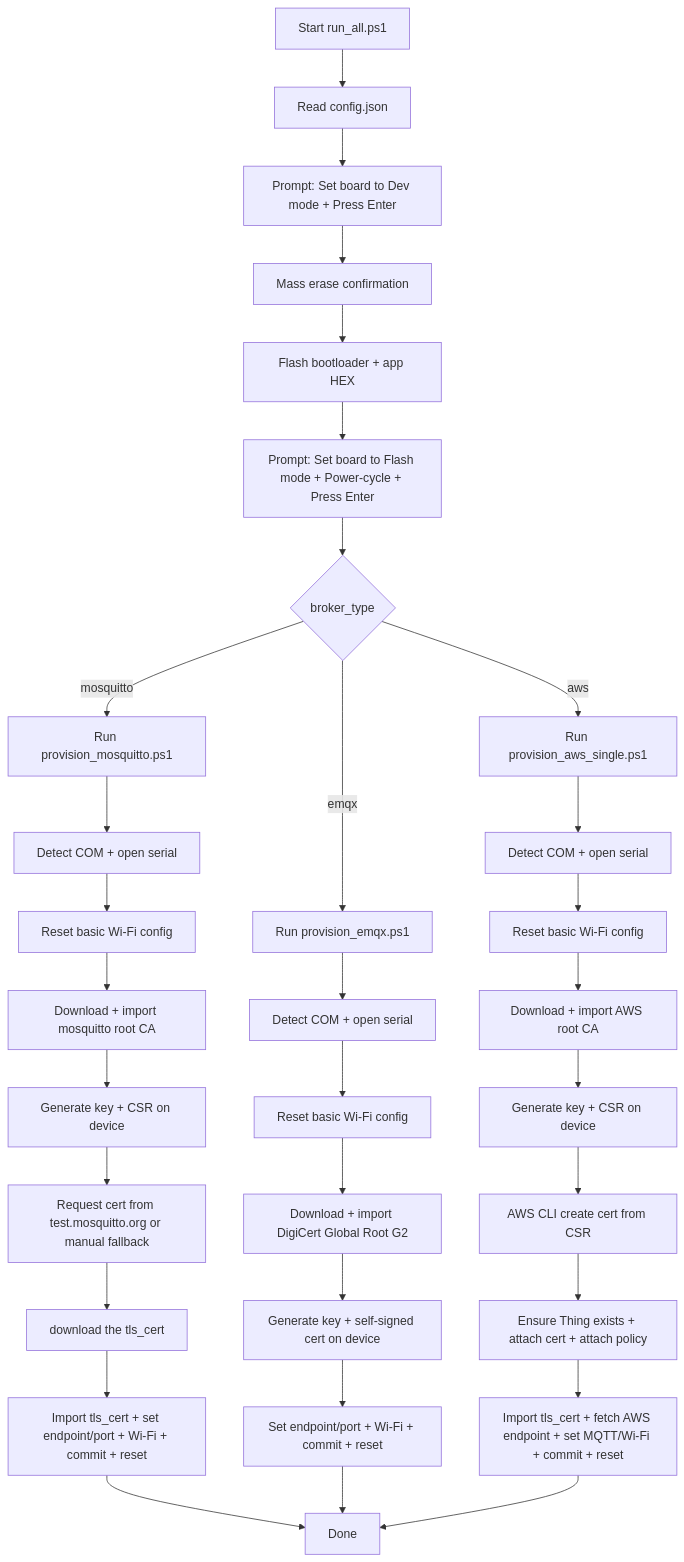
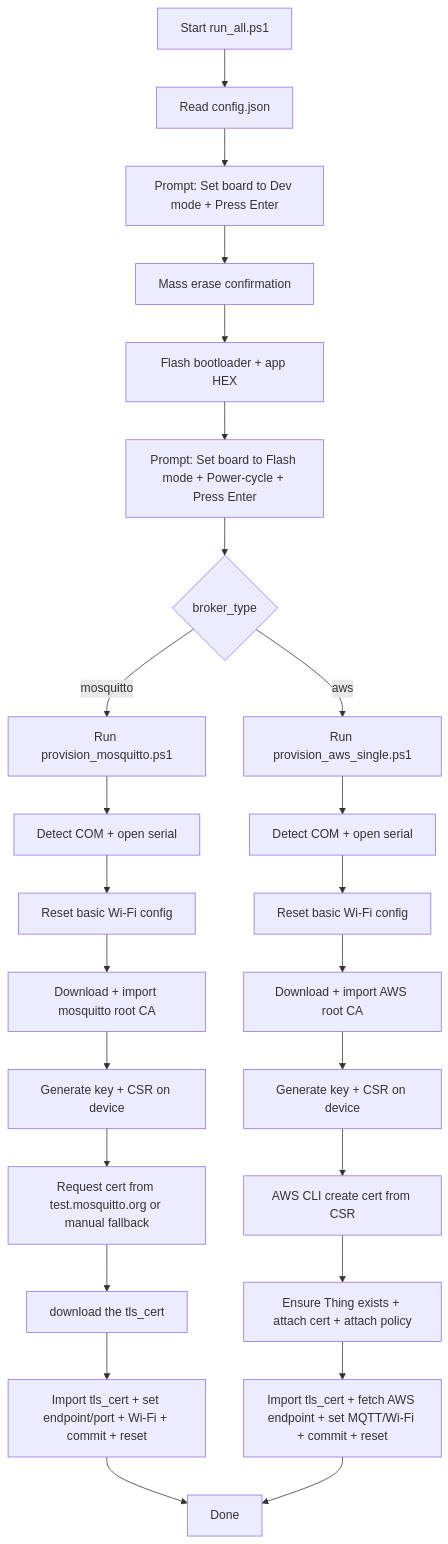
The diagram in bin/readme.md (avnet-iotconnect/stm32n6570_dk_w6x_iot_reference), drawn with Mermaid before and after one commit. The commit also changed other lines of this file and 317 other files, not shown here.

````diff
--- a/bin/readme.md
+++ b/bin/readme.md
@@ -44,39 +43,31 @@
 ```mermaid
 flowchart TD
     A[Start run_all.ps1] --> B[Read config.json]
     B --> C[Prompt: Set board to Dev mode + Press Enter]
     C --> D[Mass erase confirmation]
     D --> E[Flash bootloader + app HEX]
     E --> E1[Prompt: Set board to Flash mode + Power-cycle + Press Enter]
     E1 --> F{broker_type}
 
     F -->|mosquitto| G[Run provision_mosquitto.ps1]
     G --> G1[Detect COM + open serial]
     G1 --> G2[Reset basic Wi-Fi config]
     G2 --> G3[Download + import mosquitto root CA]
     G3 --> G4[Generate key + CSR on device]
     G4 --> G5[Request cert from test.mosquitto.org or manual fallback]
     G5 --> G6[download the tls_cert]
     G6 --> G7[Import tls_cert + set endpoint/port + Wi-Fi + commit + reset]
 
-    F -->|emqx| J[Run provision_emqx.ps1]
-    J --> J1[Detect COM + open serial]
-    J1 --> J2[Reset basic Wi-Fi config]
-    J2 --> J3[Download + import DigiCert Global Root G2]
-    J3 --> J4[Generate key + self-signed cert on device]
-    J4 --> J5[Set endpoint/port + Wi-Fi + commit + reset]
-
     F -->|aws| H[Run provision_aws_single.ps1]
     H --> H1[Detect COM + open serial]
     H1 --> H2[Reset basic Wi-Fi config]
     H2 --> H3[Download + import AWS root CA]
     H3 --> H4[Generate key + CSR on device]
     H4 --> H5[AWS CLI create cert from CSR]
     H5 --> H6[Ensure Thing exists + attach cert + attach policy]
     H6 --> H7[Import tls_cert + fetch AWS endpoint + set MQTT/Wi-Fi + commit + reset]
 
 
     G7 --> Z[Done]
-    J5 --> Z
     H7 --> Z
 ```
````
